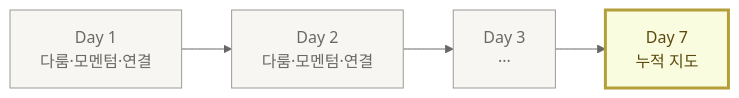
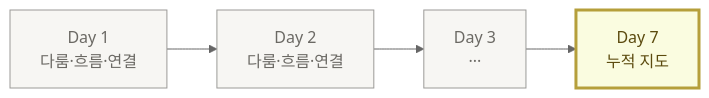
The second of 2 diagrams in content/dashboard.mdx (imakerjun/ai-learning-agent-workshop), drawn with Mermaid (neutral theme) before and after one commit. The commit also changed other lines of this file and 1 other file, not shown here.

````diff
--- a/content/dashboard.mdx
+++ b/content/dashboard.mdx
@@ -151,16 +214,16 @@
 ```mermaid
 flowchart LR
-    Day1["Day 1<br/>다룸·모멘텀·연결"]
-    Day2["Day 2<br/>다룸·모멘텀·연결"]
+    Day1["Day 1<br/>다룸·흐름·연결"]
+    Day2["Day 2<br/>다룸·흐름·연결"]
     Day3["Day 3<br/>···"]
     Day7["Day 7<br/>누적 지도"]
 
     Day1 --> Day2
     Day2 --> Day3
     Day3 --> Day7
 
     classDef day fill:#f7f6f3,stroke:#9b9a97,color:#6b6964
     classDef final fill:#fafce0,stroke:#b59f3b,stroke-width:3px,color:#5b4a0e
     class Day1,Day2,Day3 day
     class Day7 final
 ```
````
